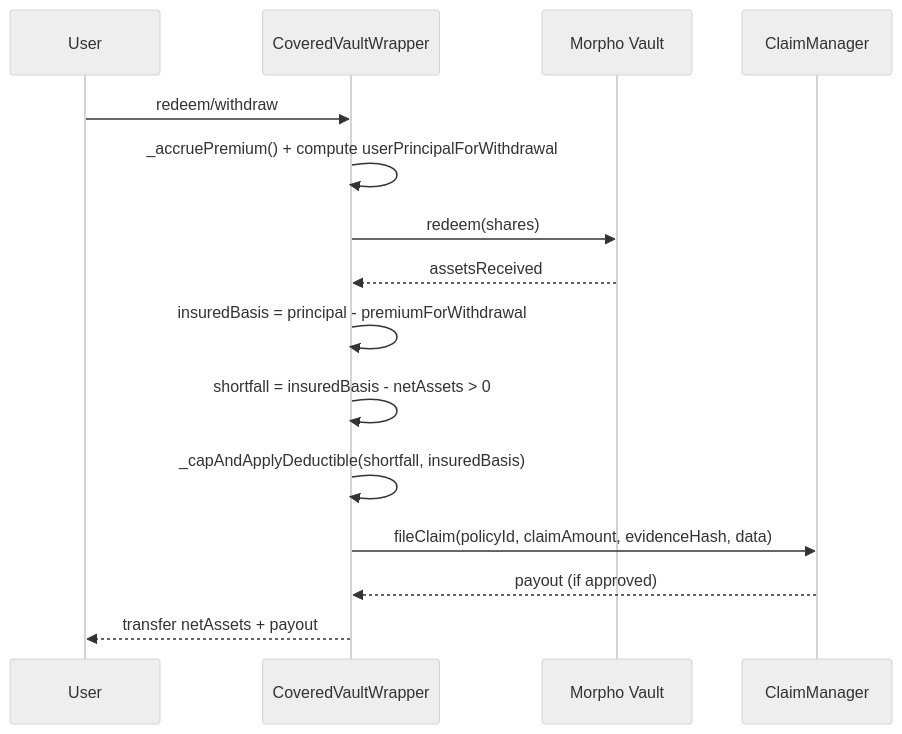
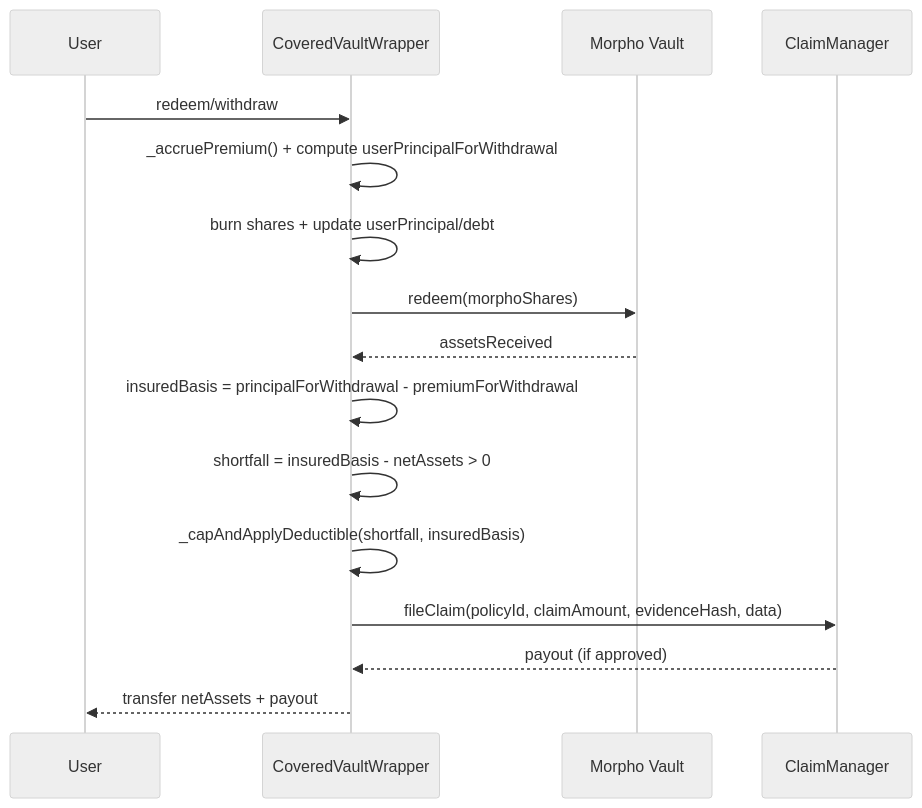
Before and after one commit to 0xcatalysis/coverage: the fifth of 5 diagrams in docs/architecture/06-premiums-claims.md, drawn with Mermaid (neutral theme). The commit also changed other lines of this file and 16 other files, not shown here.

````diff
--- a/docs/architecture/06-premiums-claims.md
+++ b/docs/architecture/06-premiums-claims.md
@@ -173,18 +176,19 @@
 ```mermaid
 sequenceDiagram
     participant User
     participant CVW as CoveredVaultWrapper
     participant MV as Morpho Vault
     participant CM as ClaimManager
 
     User->>CVW: redeem/withdraw
     CVW->>CVW: _accruePremium() + compute userPrincipalForWithdrawal
-    CVW->>MV: redeem(shares)
+    CVW->>CVW: burn shares + update userPrincipal/debt
+    CVW->>MV: redeem(morphoShares)
     MV-->>CVW: assetsReceived
-    CVW->>CVW: insuredBasis = principal - premiumForWithdrawal
+    CVW->>CVW: insuredBasis = principalForWithdrawal - premiumForWithdrawal
     CVW->>CVW: shortfall = insuredBasis - netAssets > 0
     CVW->>CVW: _capAndApplyDeductible(shortfall, insuredBasis)
     CVW->>CM: fileClaim(policyId, claimAmount, evidenceHash, data)
     CM-->>CVW: payout (if approved)
     CVW-->>User: transfer netAssets + payout
 ```
````
